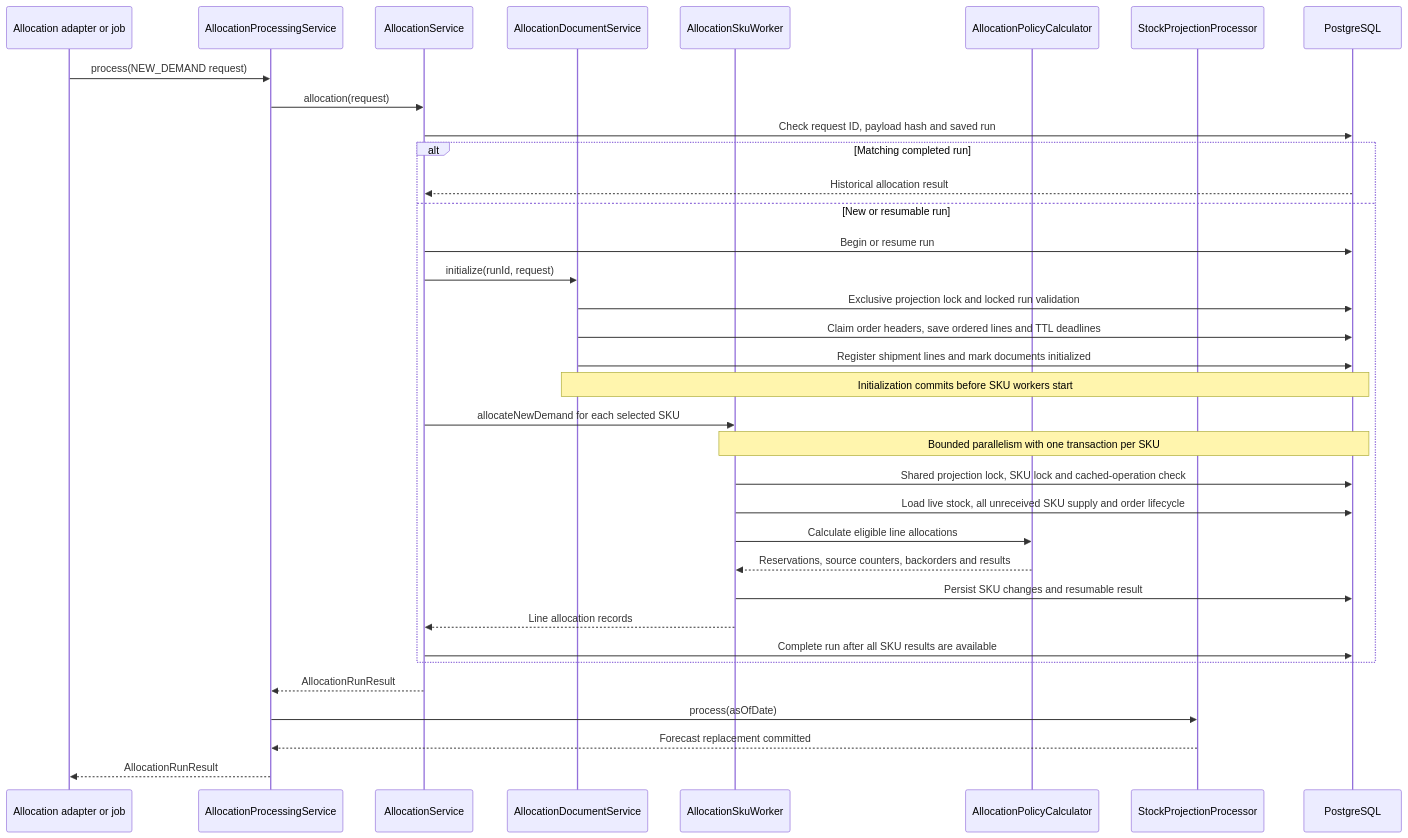
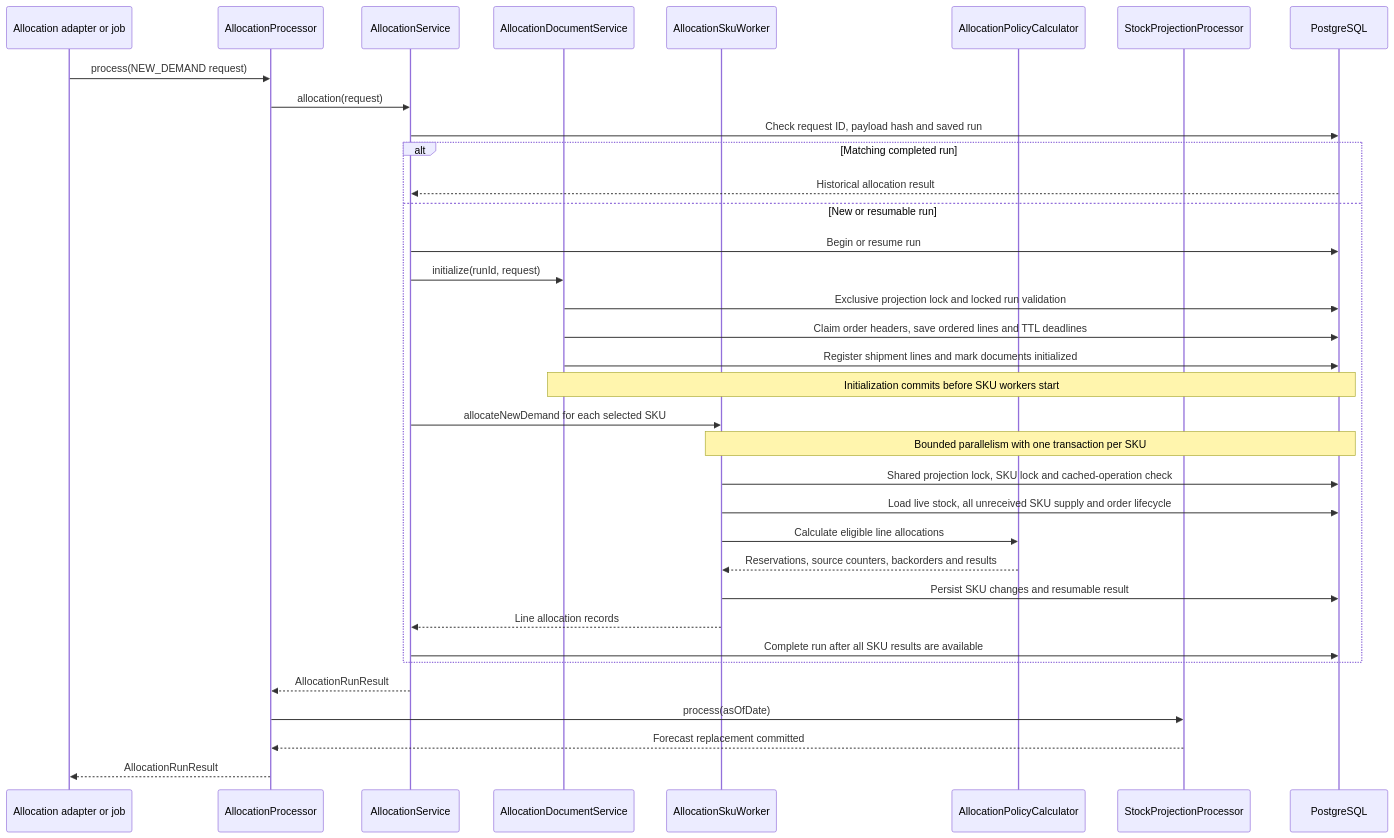
Before and after one commit to vriesjo/stockio: the fourth of 15 diagrams in .github/memory/architecture.md, drawn with Mermaid. The commit also changed other lines of this file and 2 other files, not shown here.

````diff
--- a/.github/memory/architecture.md
+++ b/.github/memory/architecture.md
@@ -403,38 +425,38 @@
 ```mermaid
 sequenceDiagram
     participant Caller as Allocation adapter or job
-    participant Processing as AllocationProcessingService
+    participant Processing as AllocationProcessor
     participant Allocation as AllocationService
     participant Documents as AllocationDocumentService
     participant Worker as AllocationSkuWorker
     participant Policy as AllocationPolicyCalculator
     participant Projection as StockProjectionProcessor
     participant DB as PostgreSQL
 
     Caller->>Processing: process(NEW_DEMAND request)
     Processing->>Allocation: allocation(request)
     Allocation->>DB: Check request ID, payload hash and saved run
     alt Matching completed run
         DB-->>Allocation: Historical allocation result
     else New or resumable run
         Allocation->>DB: Begin or resume run
         Allocation->>Documents: initialize(runId, request)
         Documents->>DB: Exclusive projection lock and locked run validation
         Documents->>DB: Claim order headers, save ordered lines and TTL deadlines
         Documents->>DB: Register shipment lines and mark documents initialized
         Note over Documents,DB: Initialization commits before SKU workers start
         Allocation->>Worker: allocateNewDemand for each selected SKU
         Note over Worker,DB: Bounded parallelism with one transaction per SKU
         Worker->>DB: Shared projection lock, SKU lock and cached-operation check
         Worker->>DB: Load live stock, all unreceived SKU supply and order lifecycle
         Worker->>Policy: Calculate eligible line allocations
         Policy-->>Worker: Reservations, source counters, backorders and results
         Worker->>DB: Persist SKU changes and resumable result
         Worker-->>Allocation: Line allocation records
         Allocation->>DB: Complete run after all SKU results are available
     end
     Allocation-->>Processing: AllocationRunResult
     Processing->>Projection: process(asOfDate)
     Projection-->>Processing: Forecast replacement committed
     Processing-->>Caller: AllocationRunResult
 ```
````
